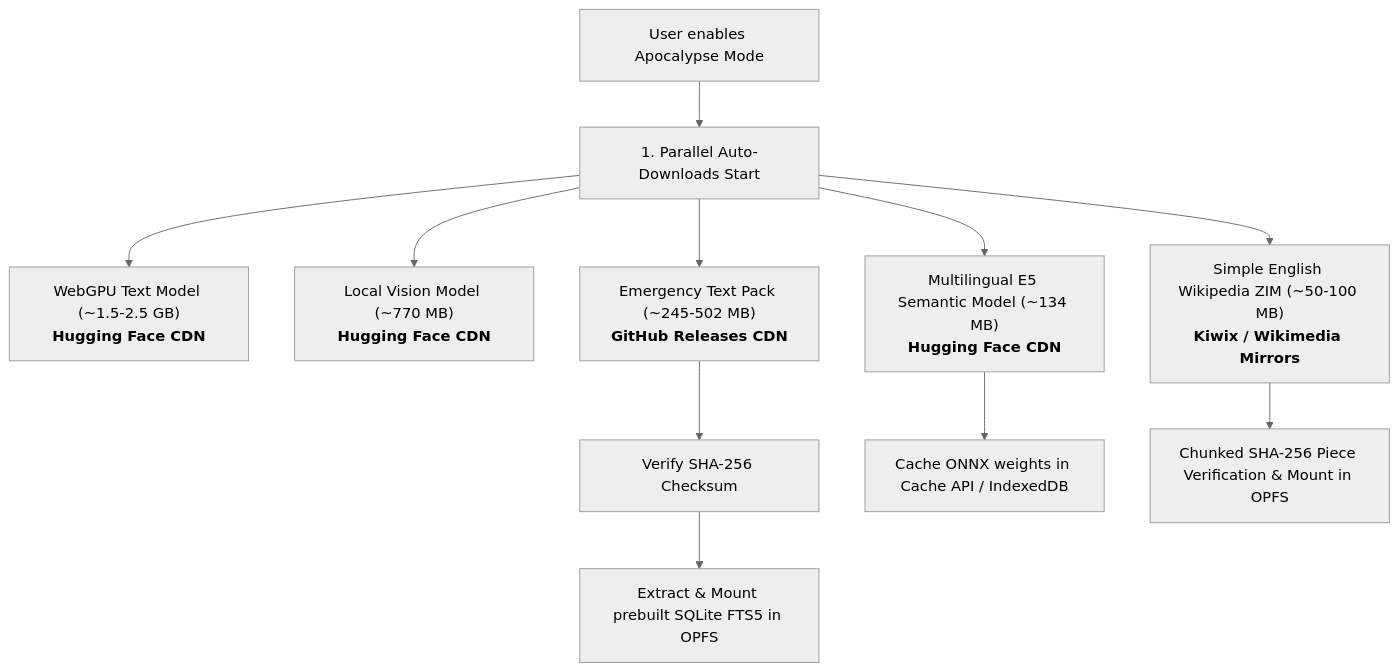
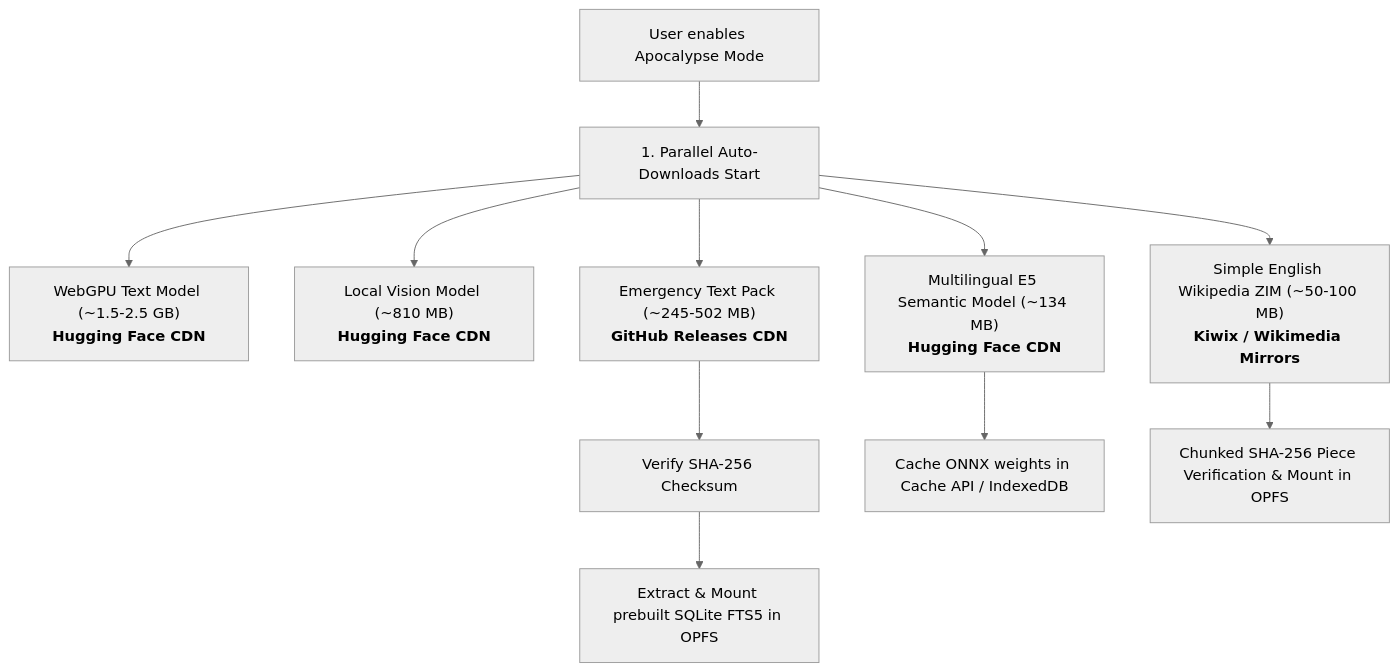
The diagram in docs/remote-downloads.md (16Miku/webbrain), drawn with Mermaid (neutral theme) before and after one commit. The commit also changed other lines of this file and 34 other files, not shown here.

````diff
--- a/docs/remote-downloads.md
+++ b/docs/remote-downloads.md
@@ -40,15 +40,15 @@
 ```mermaid
 flowchart TD
     A["User enables Apocalypse Mode"] --> B["1. Parallel Auto-Downloads Start"]
     B --> C["WebGPU Text Model (~1.5-2.5 GB)<br/><b>Hugging Face CDN</b>"]
-    B --> D["Local Vision Model (~770 MB)<br/><b>Hugging Face CDN</b>"]
+    B --> D["Local Vision Model (~810 MB)<br/><b>Hugging Face CDN</b>"]
     B --> E["Emergency Text Pack (~245-502 MB)<br/><b>GitHub Releases CDN</b>"]
     B --> F["Multilingual E5 Semantic Model (~134 MB)<br/><b>Hugging Face CDN</b>"]
     B --> G["Simple English Wikipedia ZIM (~50-100 MB)<br/><b>Kiwix / Wikimedia Mirrors</b>"]
     
     E --> H["Verify SHA-256 Checksum"]
     H --> I["Extract & Mount prebuilt SQLite FTS5 in OPFS"]
     
     F --> J["Cache ONNX weights in Cache API / IndexedDB"]
     G --> K["Chunked SHA-256 Piece Verification & Mount in OPFS"]
 ```
````
